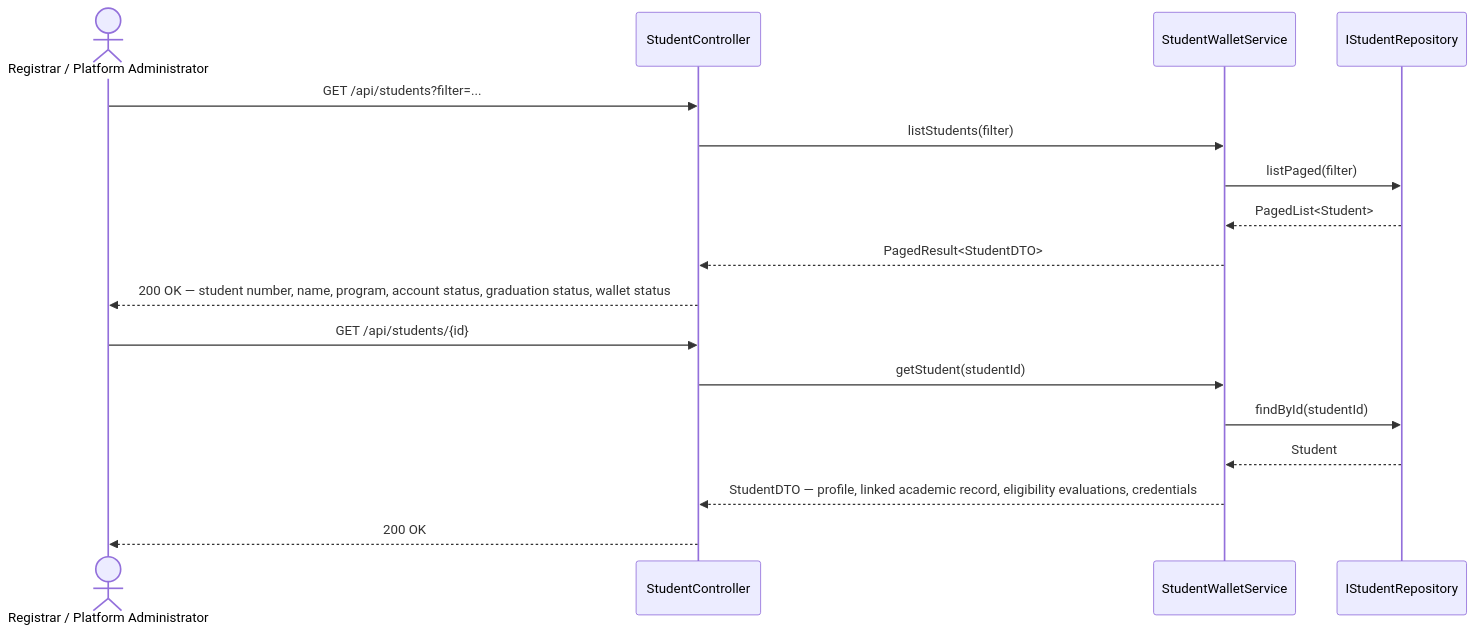
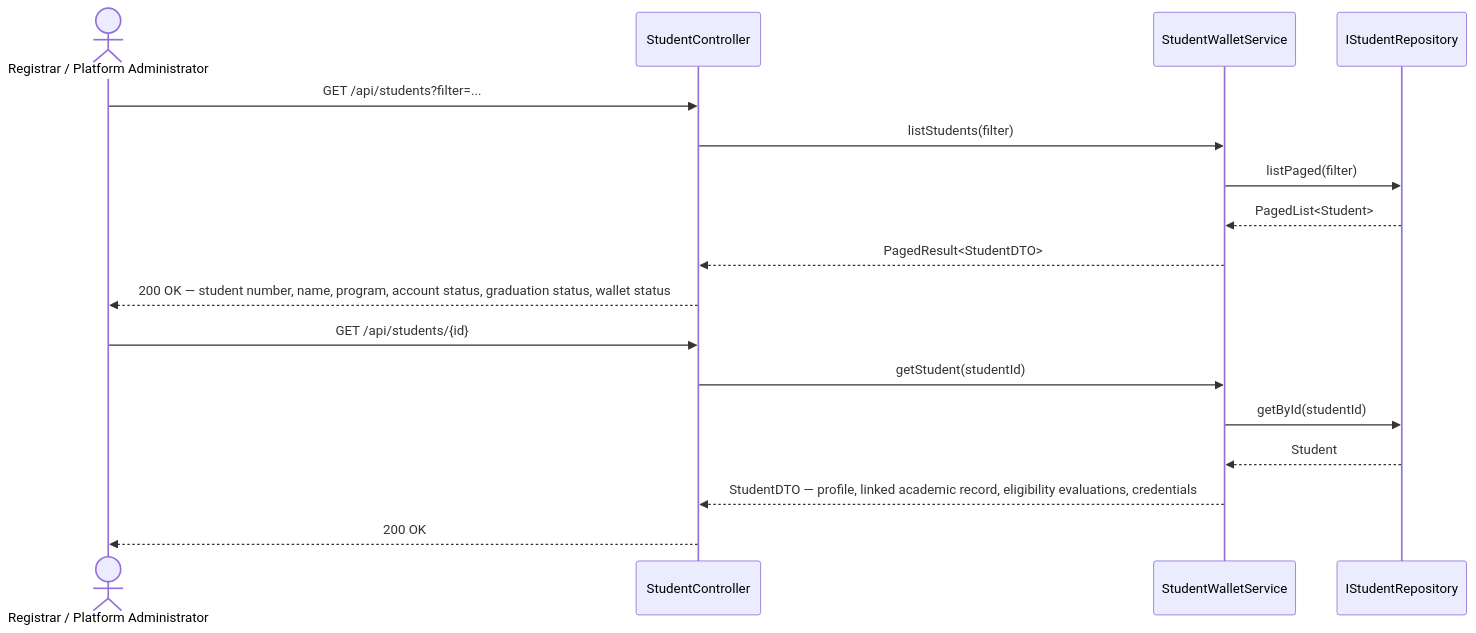
One commit to huypengin/UniDipVeri changed diagram 15 of 15 in docs/03-design/Sequence_Diagram.md. Above: the diagram before and after it, drawn with Mermaid. The commit also changed other lines of this file and 15 other files, not shown here.

````diff
--- a/docs/03-design/Sequence_Diagram.md
+++ b/docs/03-design/Sequence_Diagram.md
@@ -644,21 +644,21 @@
 ```mermaid
 sequenceDiagram
     actor Staff as Registrar / Platform Administrator
     participant STC as StudentController
     participant WS as StudentWalletService
     participant Repo as IStudentRepository
 
     Staff->>STC: GET /api/students?filter=...
     STC->>WS: listStudents(filter)
     WS->>Repo: listPaged(filter)
     Repo-->>WS: PagedList<Student>
     WS-->>STC: PagedResult<StudentDTO>
     STC-->>Staff: 200 OK — student number, name, program, account status, graduation status, wallet status
 
     Staff->>STC: GET /api/students/{id}
     STC->>WS: getStudent(studentId)
-    WS->>Repo: findById(studentId)
+    WS->>Repo: getById(studentId)
     Repo-->>WS: Student
     WS-->>STC: StudentDTO — profile, linked academic record, eligibility evaluations, credentials
     STC-->>Staff: 200 OK
 ```
````
